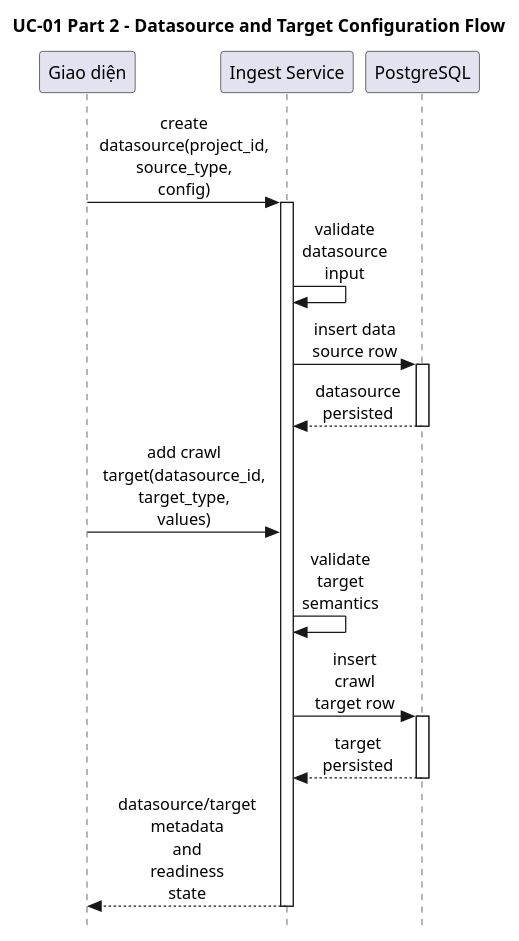
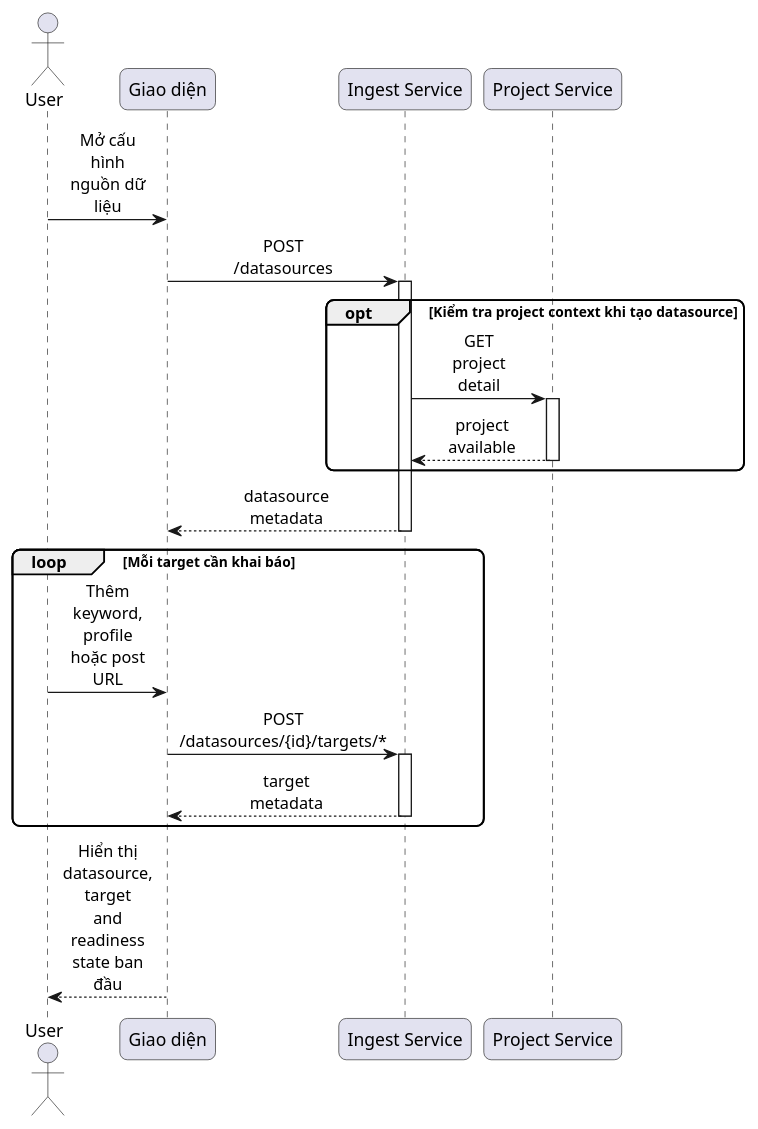
The diagram in final-report/images/chapter_5/seq-uc01-datasource-target-flow.puml (smap-hcmut/report), drawn with PlantUML before and after one commit. The commit also changed 67 other files, not shown here.

```diff
--- a/final-report/images/chapter_5/seq-uc01-datasource-target-flow.puml
+++ b/final-report/images/chapter_5/seq-uc01-datasource-target-flow.puml
@@ -1,30 +1,35 @@
 @startuml
-title UC-01 Part 2 - Datasource and Target Configuration Flow
-hide footbox
-skinparam style strictuml
+skinparam defaultFontName Arial
+skinparam shadowing false
 skinparam sequenceMessageAlign center
 skinparam responseMessageBelowArrow true
 skinparam maxMessageSize 70
+skinparam roundcorner 12
 
+actor User
 participant "Giao diện" as UI
 participant "Ingest Service" as IngestService
-participant "PostgreSQL" as PostgreSQL
+participant "Project Service" as ProjectService
 
-UI -> IngestService : create datasource(project_id, source_type, config)
+User -> UI : Mở cấu hình nguồn dữ liệu
+UI -> IngestService : POST /datasources
 activate IngestService
-IngestService -> IngestService : validate datasource input
-IngestService -> PostgreSQL : insert data source row
-activate PostgreSQL
-PostgreSQL --> IngestService : datasource persisted
-deactivate PostgreSQL
+opt Kiểm tra project context khi tạo datasource
+  IngestService -> ProjectService : GET project detail
+  activate ProjectService
+  ProjectService --> IngestService : project available
+  deactivate ProjectService
+end
+IngestService --> UI : datasource metadata
+deactivate IngestService
 
-UI -> IngestService : add crawl target(datasource_id, target_type, values)
-IngestService -> IngestService : validate target semantics
-IngestService -> PostgreSQL : insert crawl target row
-activate PostgreSQL
-PostgreSQL --> IngestService : target persisted
-deactivate PostgreSQL
+loop Mỗi target cần khai báo
+  User -> UI : Thêm keyword, profile hoặc post URL
+  UI -> IngestService : POST /datasources/{id}/targets/*
+  activate IngestService
+  IngestService --> UI : target metadata
+  deactivate IngestService
+end
 
-IngestService --> UI : datasource/target metadata and readiness state
-deactivate IngestService
+UI --> User : Hiển thị datasource, target\nand readiness state ban đầu
 @enduml
```
